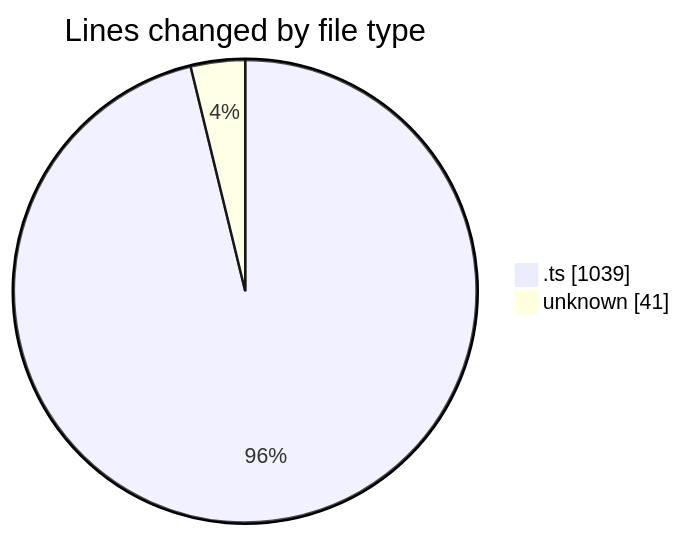
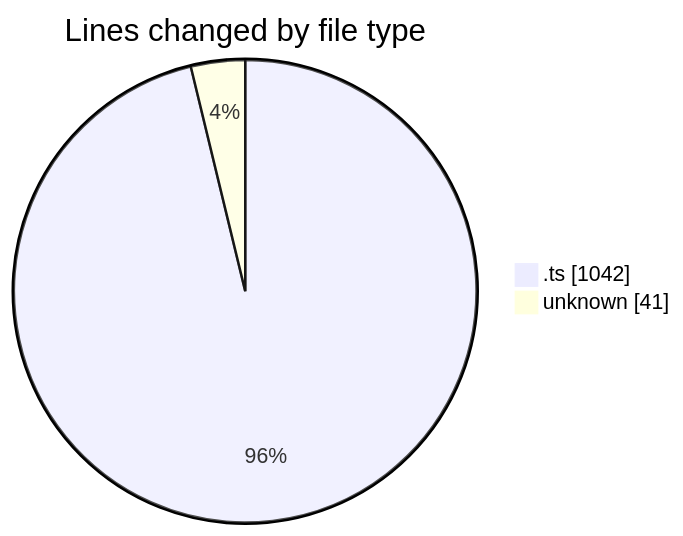
One commit to momahboobian/code-tracking changed the first of 2 diagrams in 2025-08-18/cda/README.md. Above: the diagram before and after it, drawn with Mermaid. The commit also changed other lines of this file and 1 other file, not shown here.

````diff
--- a/2025-08-18/cda/README.md
+++ b/2025-08-18/cda/README.md
@@ -24,6 +24,6 @@
 ```mermaid
 pie showData
 title Lines changed by file type
-".ts" : 1039
+".ts" : 1042
 "unknown" : 41
 ```
````
